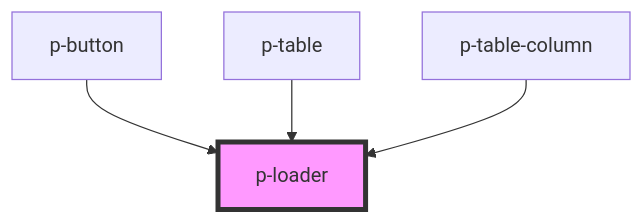
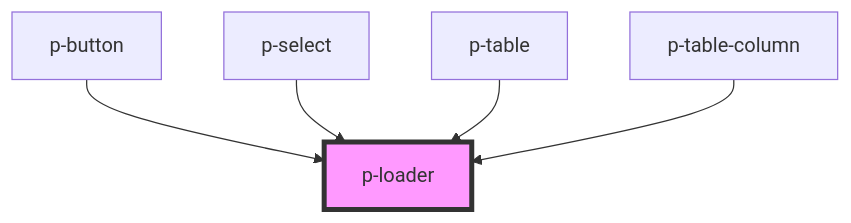
The diagram in packages/core/src/components/atoms/loader/readme.md (Employes/paperless), drawn with Mermaid before and after one commit. The commit also changed other lines of this file and 4 other files, not shown here.

````diff
--- a/packages/core/src/components/atoms/loader/readme.md
+++ b/packages/core/src/components/atoms/loader/readme.md
@@ -32,7 +33,8 @@
 ```mermaid
 graph TD;
   p-button --> p-loader
+  p-select --> p-loader
   p-table --> p-loader
   p-table-column --> p-loader
   style p-loader fill:#f9f,stroke:#333,stroke-width:4px
 ```
````
